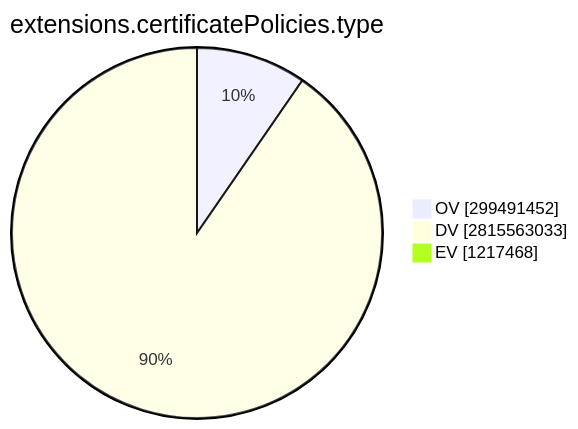
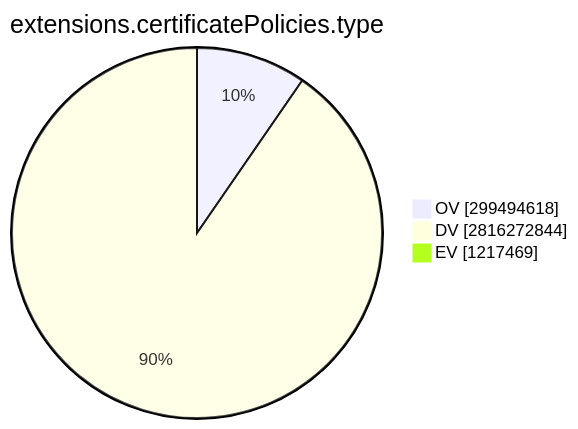
Before and after one commit to christiankrug/ctmonitor_visualization: the ninth of 15 diagrams in TOTAL/README.md, drawn with Mermaid. The commit also changed other lines of this file, not shown here.

````diff
--- a/TOTAL/README.md
+++ b/TOTAL/README.md
@@ -3101,7 +3101,7 @@
 ```mermaid
 pie showData
 title extensions.certificatePolicies.type
-"OV" :299491452
-"DV" :2815563033
-"EV" :1217468
+"OV" :299494618
+"DV" :2816272844
+"EV" :1217469
 ```
````
